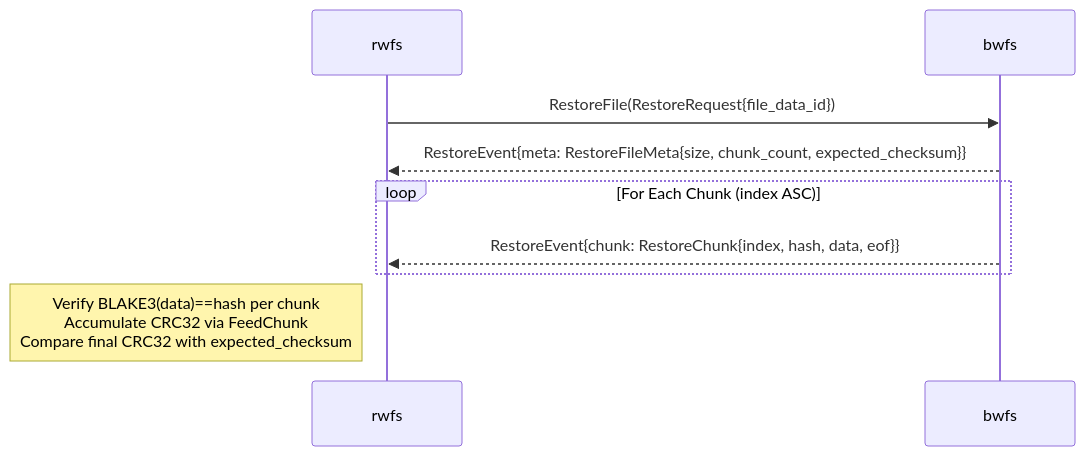
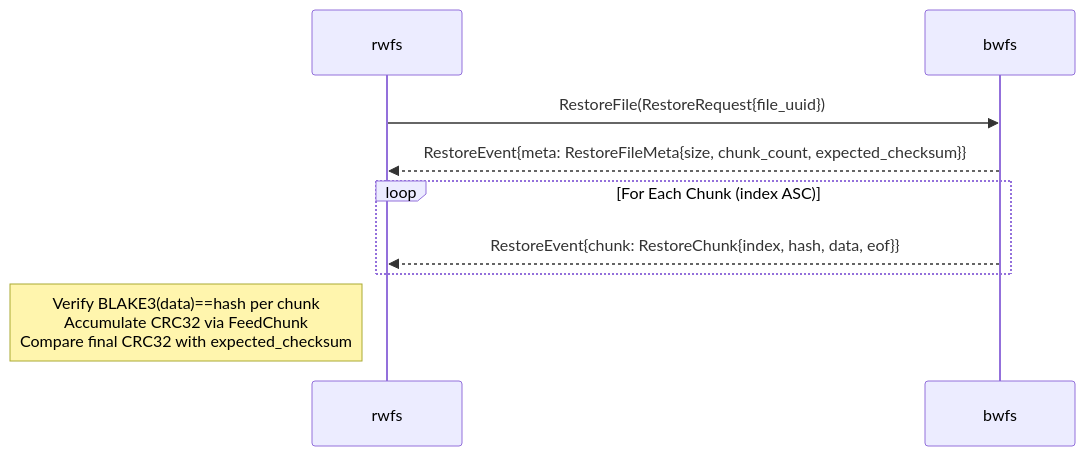
One commit to alex-sviridov/miniprotector changed the diagram in docs/protocols/restore.md. Above: the diagram before and after it, drawn with Mermaid. The commit also changed other lines of this file and 3 other files, not shown here.

First line of the commit message:
docs: rename file_data_id to file_uuid across list/restore protocol and component docs

````diff
--- a/docs/protocols/restore.md
+++ b/docs/protocols/restore.md
@@ -47,12 +47,12 @@
 ```mermaid
 sequenceDiagram
     participant Client as rwfs
     participant Server as bwfs
 
-    Client->>Server: RestoreFile(RestoreRequest{file_data_id})
+    Client->>Server: RestoreFile(RestoreRequest{file_uuid})
     Server-->>Client: RestoreEvent{meta: RestoreFileMeta{size, chunk_count, expected_checksum}}
     loop For Each Chunk (index ASC)
         Server-->>Client: RestoreEvent{chunk: RestoreChunk{index, hash, data, eof}}
     end
     Note left of Client: Verify BLAKE3(data)==hash per chunk<br/>Accumulate CRC32 via FeedChunk<br/>Compare final CRC32 with expected_checksum
 ```
````
